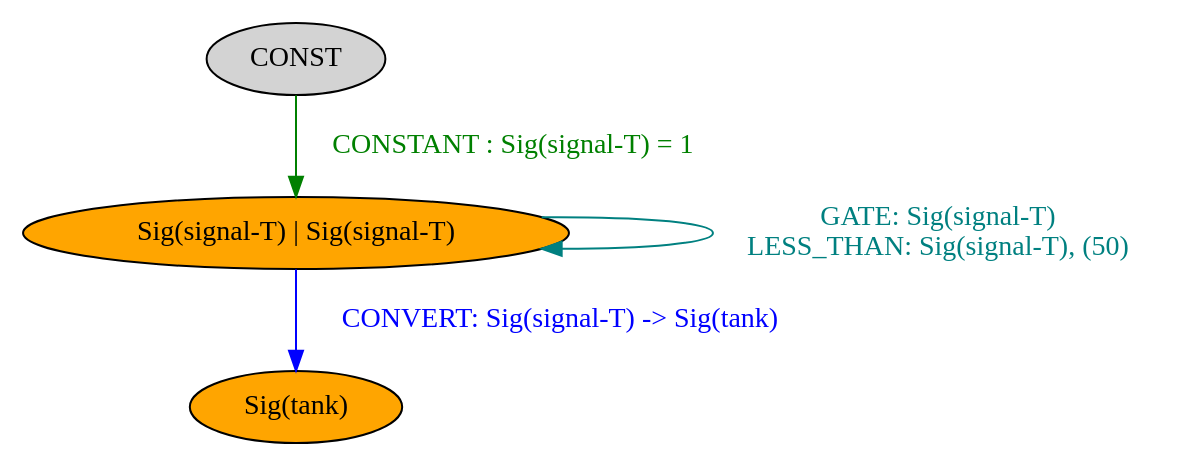
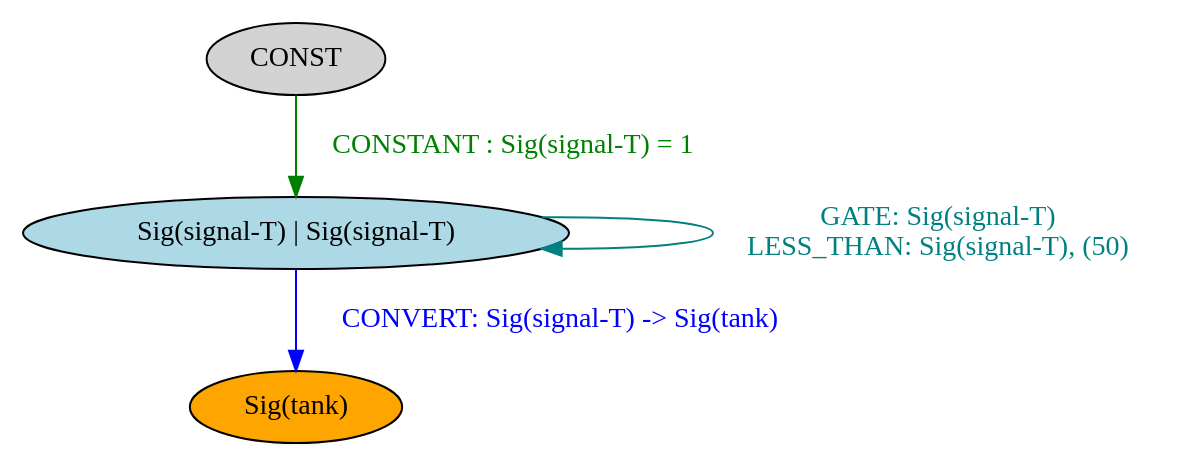
The diagram in chef-lang/examples/counter-def.output.dot (BalderHolst/chef), drawn with Graphviz before and after one commit. The commit also changed 10 other files, not shown here.

```diff
--- a/chef-lang/examples/counter-def.output.dot
+++ b/chef-lang/examples/counter-def.output.dot
@@ -1,10 +1,10 @@
 strict digraph {
 	nodesep=1
-	1	[style=filled fillcolor=orange label="Sig(signal-T) | Sig(signal-T)"]
+	1	[style=filled fillcolor=lightblue label="Sig(signal-T) | Sig(signal-T)"]
 	3	[style=filled fillcolor=orange label="Sig(tank)"]
 	2	[style=filled fillcolor=lightgray label="CONST"]
 	1 -> 1	[label="GATE: Sig(signal-T)
 LESS_THAN: Sig(signal-T), (50)" color=teal fontcolor=teal]
 	1 -> 3	[label="CONVERT: Sig(signal-T) -> Sig(tank)" color=blue fontcolor=blue]
 	2 -> 1	[label="CONSTANT : Sig(signal-T) = 1" color=green fontcolor=green]
 }
```
